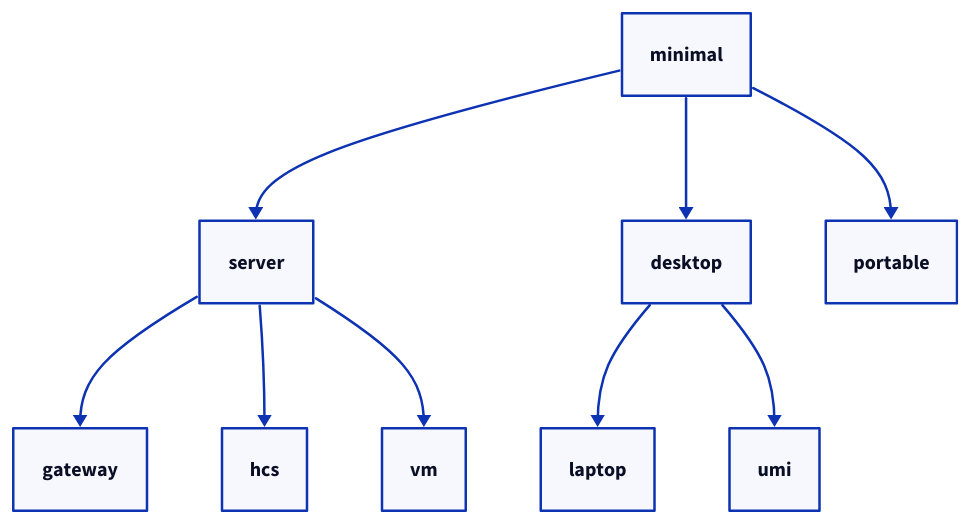
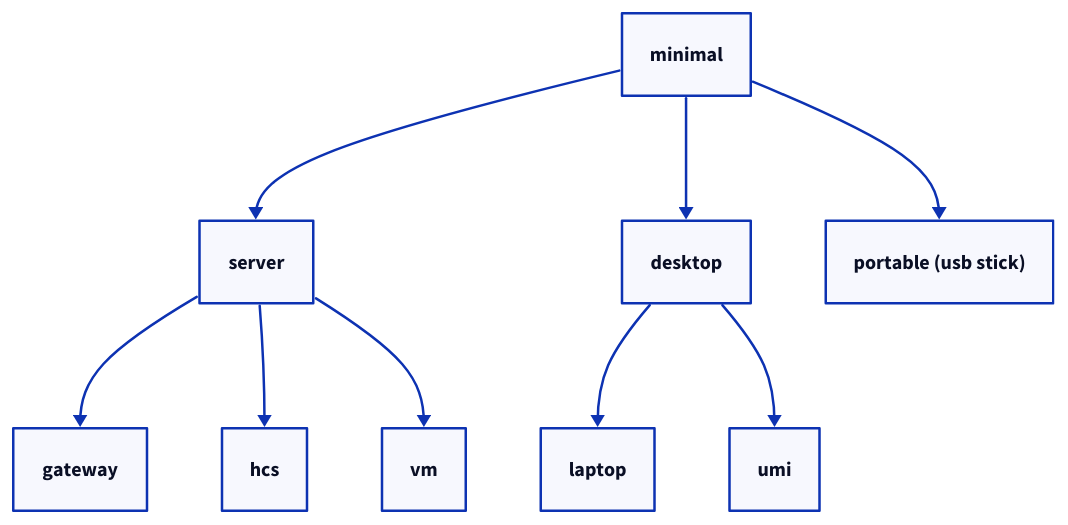
One commit to darkone-linux/dnf-doc changed the diagram in src/content/docs/en/doc/admin-guide/understand/host-profiles.mdx. Above: the diagram before and after it, drawn with D2. The commit also changed other lines of this file and 5 other files, not shown here.

````diff
--- a/src/content/docs/en/doc/admin-guide/understand/host-profiles.mdx
+++ b/src/content/docs/en/doc/admin-guide/understand/host-profiles.mdx
@@ -20,25 +20,25 @@
 ```d2
 style.fill: transparent
 direction: down
 
 minimal: minimal
 
 server: server
 desktop: desktop
-portable: portable
+portable: portable (usb stick)
 
 gateway: gateway
 hcs: hcs
 vm: vm
 laptop: laptop
 umi: umi
 
 minimal -> server
 minimal -> desktop
 minimal -> portable
 server -> gateway
 server -> hcs
 server -> vm
 desktop -> laptop
 desktop -> umi
 ```
````
